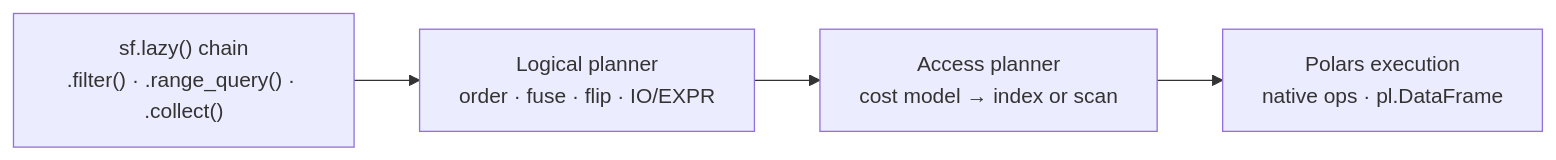
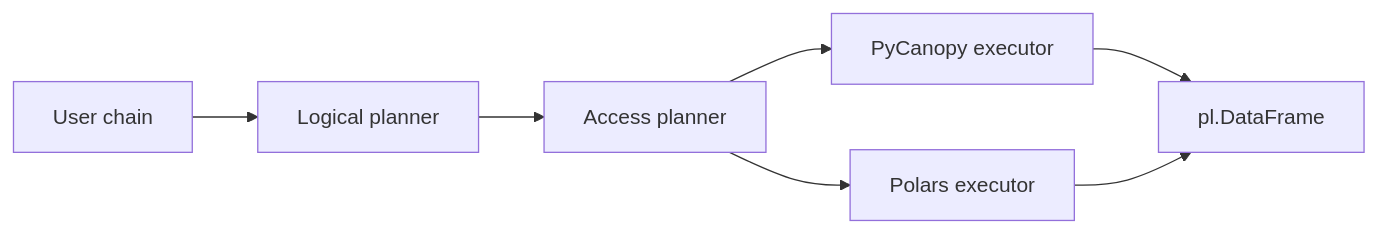
Before and after one commit to pranav-walimbe/PyCanopy: the first of 2 diagrams in README.md, drawn with Mermaid. The commit also changed other lines of this file, not shown here.

````diff
--- a/README.md
+++ b/README.md
@@ -411,5 +411,7 @@
 ```mermaid
 flowchart LR
-    A["sf.lazy() chain\n.filter() · .range_query() · .collect()"] --> B["Logical planner\norder · fuse · flip · IO/EXPR"]
-    B --> C["Access planner\ncost model → index or scan"] --> D["Polars execution\nnative ops · pl.DataFrame"]
+    A[User chain] --> B[Logical planner] --> C[Access planner]
+    C --> D[PyCanopy executor]
+    C --> E[Polars executor]
+    D & E --> F[pl.DataFrame]
 ```
````
